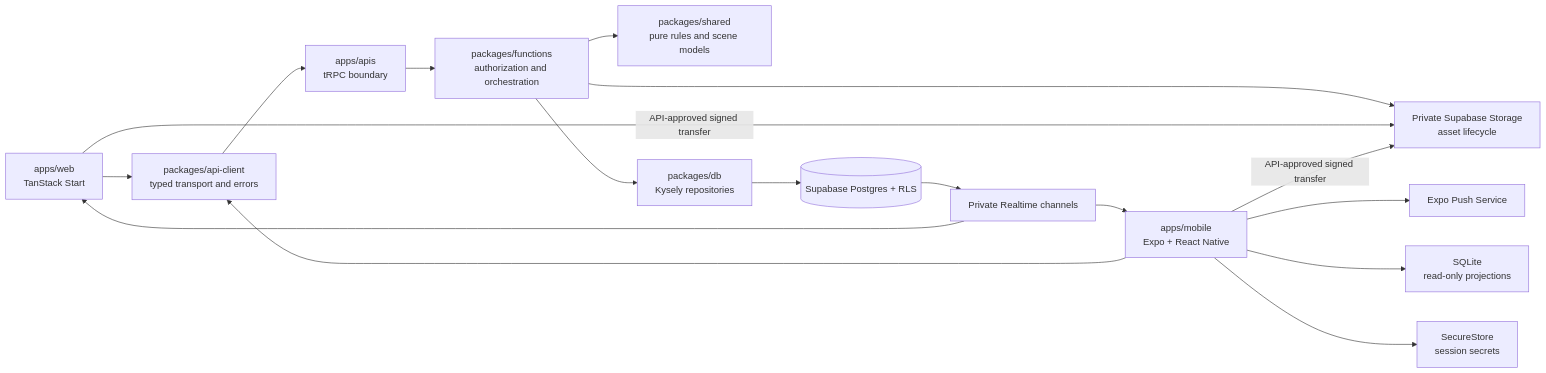
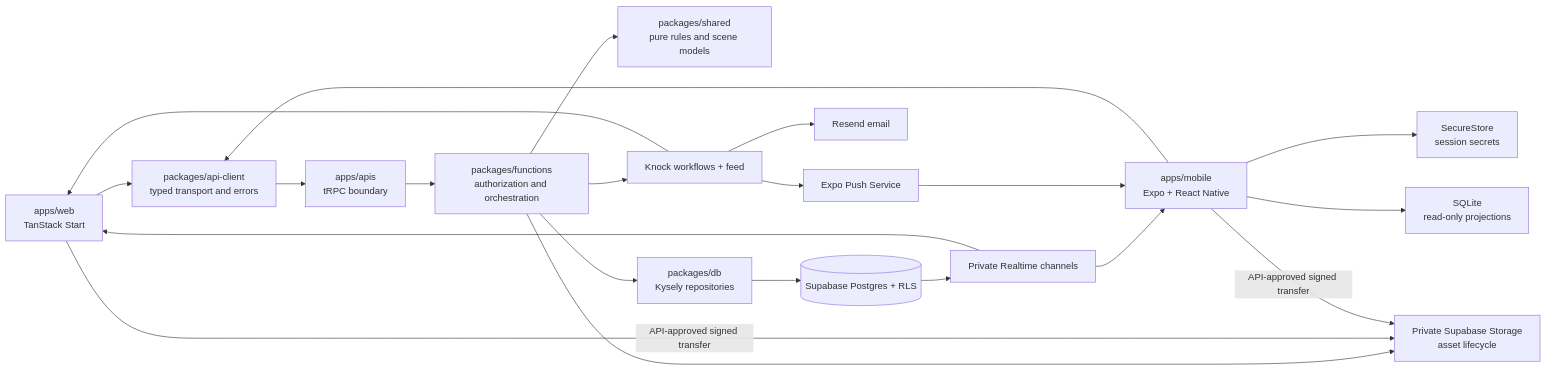
Before and after one commit to MPiland/artificer-toolkit: the first of 2 diagrams in docs/roadmap/README.md, drawn with Mermaid. The commit also changed other lines of this file and 290 other files, not shown here.

Commit message:
Refactor authoring forms and shared UI flows

````diff
--- a/docs/roadmap/README.md
+++ b/docs/roadmap/README.md
@@ -103,21 +105,25 @@
 ```mermaid
 flowchart LR
   Web["apps/web<br/>TanStack Start"] --> Client["packages/api-client<br/>typed transport and errors"]
   Mobile["apps/mobile<br/>Expo + React Native"] --> Client
   Client --> API["apps/apis<br/>tRPC boundary"]
   API --> Functions["packages/functions<br/>authorization and orchestration"]
   Functions --> Shared["packages/shared<br/>pure rules and scene models"]
   Functions --> DB["packages/db<br/>Kysely repositories"]
   DB --> PG[("Supabase Postgres + RLS")]
 
   PG --> RT["Private Realtime channels"]
   RT --> Web
   RT --> Mobile
 
   Mobile --> Secure["SecureStore<br/>session secrets"]
   Mobile --> Cache["SQLite<br/>read-only projections"]
-  Mobile --> Push["Expo Push Service"]
+  Functions --> Notify["Knock workflows + feed"]
+  Notify --> Web
+  Notify --> Email["Resend email"]
+  Notify --> Push["Expo Push Service"]
+  Push --> Mobile
   Functions --> Storage["Private Supabase Storage<br/>asset lifecycle"]
   Web -->|API-approved signed transfer| Storage
   Mobile -->|API-approved signed transfer| Storage
 ```
````
